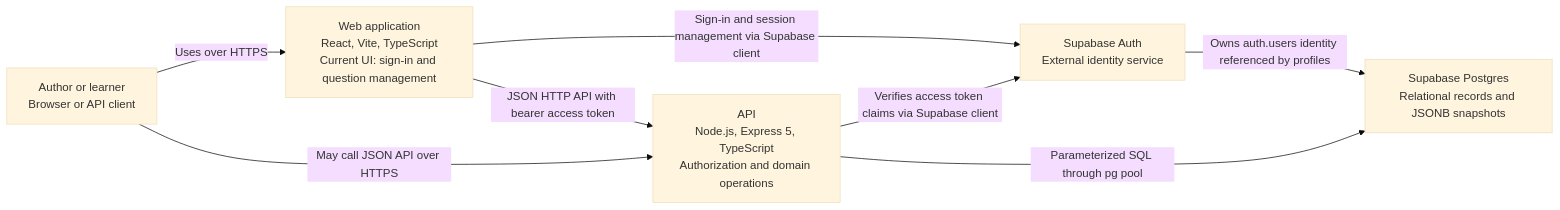
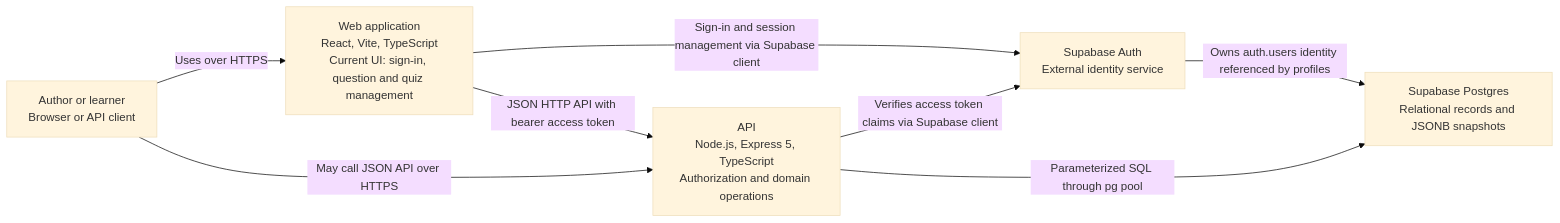
Before and after one commit to crennie/quiz-builder: the diagram in docs/architecture/static/containers.md, drawn with Mermaid (base theme). The commit also changed other lines of this file and 14 other files, not shown here.

Commit message:
Add quiz management UI

````diff
--- a/docs/architecture/static/containers.md
+++ b/docs/architecture/static/containers.md
@@ -5,16 +5,16 @@
 ```mermaid
 flowchart LR
     person["Author or learner<br/>Browser or API client"]
-    web["Web application<br/>React, Vite, TypeScript<br/>Current UI: sign-in and question management"]
+    web["Web application<br/>React, Vite, TypeScript<br/>Current UI: sign-in, question and quiz management"]
     api["API<br/>Node.js, Express 5, TypeScript<br/>Authorization and domain operations"]
     auth["Supabase Auth<br/>External identity service"]
     db["Supabase Postgres<br/>Relational records and JSONB snapshots"]
 
     person -->|Uses over HTTPS| web
     person -->|May call JSON API over HTTPS| api
     web -->|Sign-in and session management via Supabase client| auth
     web -->|JSON HTTP API with bearer access token| api
     api -->|Verifies access token claims via Supabase client| auth
     api -->|Parameterized SQL through pg pool| db
     auth -->|Owns auth.users identity referenced by profiles| db
 ```
````
